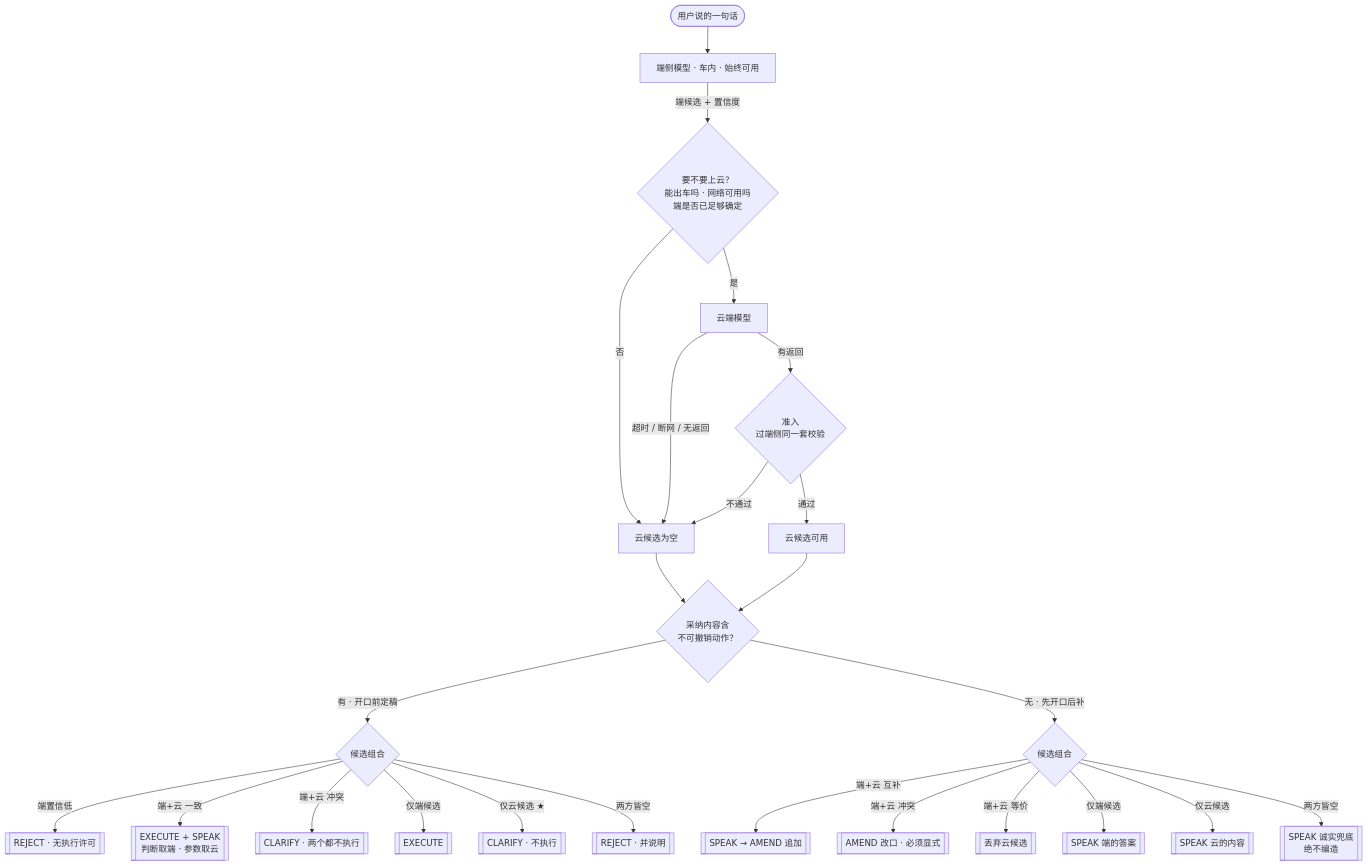
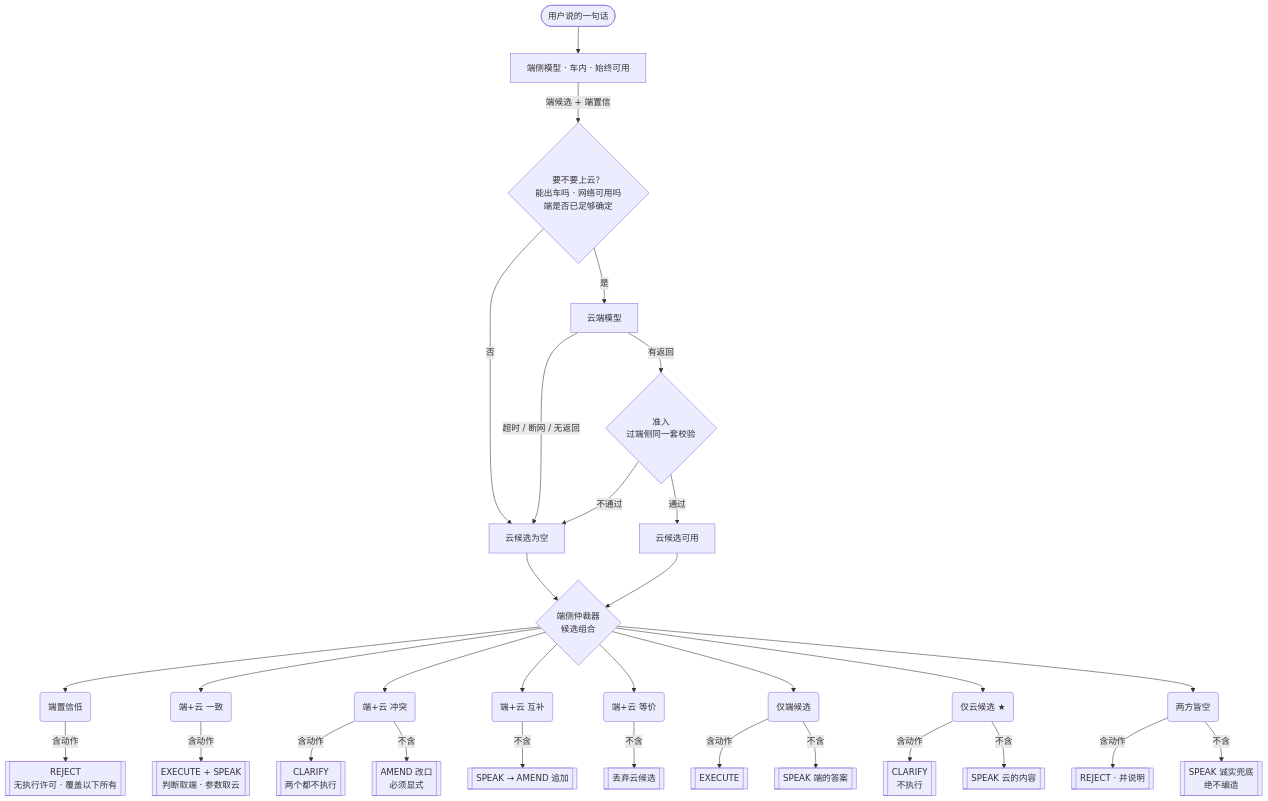
Before and after one commit to vinc-lin/text-to-function: the diagram in docs/superpowers/specs/2026-07-26-edge-cloud-arbitration-design.md, drawn with Mermaid. The commit also changed other lines of this file, not shown here.

First line of the commit message:
docs: 仲裁图改为「候选组合在前、副作用降到叶子」

````diff
--- a/docs/superpowers/specs/2026-07-26-edge-cloud-arbitration-design.md
+++ b/docs/superpowers/specs/2026-07-26-edge-cloud-arbitration-design.md
@@ -205,29 +221,35 @@
 ```mermaid
 flowchart TD
   U(["用户说的一句话"]) --> EDGE["端侧模型 · 车内 · 始终可用"]
-  EDGE -- "端候选 + 置信度" --> ASK{"要不要上云？<br/>能出车吗 · 网络可用吗<br/>端是否已足够确定"}
+  EDGE -- "端候选 + 端置信" --> ASK{"要不要上云？<br/>能出车吗 · 网络可用吗<br/>端是否已足够确定"}
   ASK -- "否" --> VOID["云候选为空"]
   ASK -- "是" --> CLOUD["云端模型"]
   CLOUD -- "超时 / 断网 / 无返回" --> VOID
   CLOUD -- "有返回" --> ADM{"准入<br/>过端侧同一套校验"}
   ADM -- "不通过" --> VOID
   ADM -- "通过" --> OK["云候选可用"]
-  VOID --> SIDE{"采纳内容含<br/>不可撤销动作？"}
-  OK --> SIDE
+  VOID --> ARB{"端侧仲裁器<br/>候选组合"}
+  OK --> ARB
 
-  SIDE -- "有 · 开口前定稿" --> Y{"候选组合"}
-  Y -- "端置信低" --> Y0[["REJECT · 无执行许可"]]
-  Y -- "端+云 一致" --> Y1[["EXECUTE + SPEAK<br/>判断取端 · 参数取云"]]
-  Y -- "端+云 冲突" --> Y2[["CLARIFY · 两个都不执行"]]
-  Y -- "仅端候选" --> Y3[["EXECUTE"]]
-  Y -- "仅云候选 ★" --> Y4[["CLARIFY · 不执行"]]
-  Y -- "两方皆空" --> Y5[["REJECT · 并说明"]]
+  ARB --> G0("端置信低")
+  ARB --> G1("端+云 一致")
+  ARB --> G2("端+云 冲突")
+  ARB --> G3("端+云 互补")
+  ARB --> G4("端+云 等价")
+  ARB --> G5("仅端候选")
+  ARB --> G6("仅云候选 ★")
+  ARB --> G7("两方皆空")
 
-  SIDE -- "无 · 先开口后补" --> N{"候选组合"}
-  N -- "端+云 互补" --> N1[["SPEAK → AMEND 追加"]]
-  N -- "端+云 冲突" --> N2[["AMEND 改口 · 必须显式"]]
-  N -- "端+云 等价" --> N3[["丢弃云候选"]]
-  N -- "仅端候选" --> N4[["SPEAK 端的答案"]]
-  N -- "仅云候选" --> N5[["SPEAK 云的内容"]]
-  N -- "两方皆空" --> N6[["SPEAK 诚实兜底<br/>绝不编造"]]
+  G0 -- "含动作" --> R0[["REJECT<br/>无执行许可 · 覆盖以下所有"]]
+  G1 -- "含动作" --> R1[["EXECUTE + SPEAK<br/>判断取端 · 参数取云"]]
+  G2 -- "含动作" --> R2[["CLARIFY<br/>两个都不执行"]]
+  G2 -- "不含" --> R3[["AMEND 改口<br/>必须显式"]]
+  G3 -- "不含" --> R4[["SPEAK → AMEND 追加"]]
+  G4 -- "不含" --> R5[["丢弃云候选"]]
+  G5 -- "含动作" --> R6[["EXECUTE"]]
+  G5 -- "不含" --> R7[["SPEAK 端的答案"]]
+  G6 -- "含动作" --> R8[["CLARIFY<br/>不执行"]]
+  G6 -- "不含" --> R9[["SPEAK 云的内容"]]
+  G7 -- "含动作" --> R10[["REJECT · 并说明"]]
+  G7 -- "不含" --> R11[["SPEAK 诚实兜底<br/>绝不编造"]]
 ```
````
